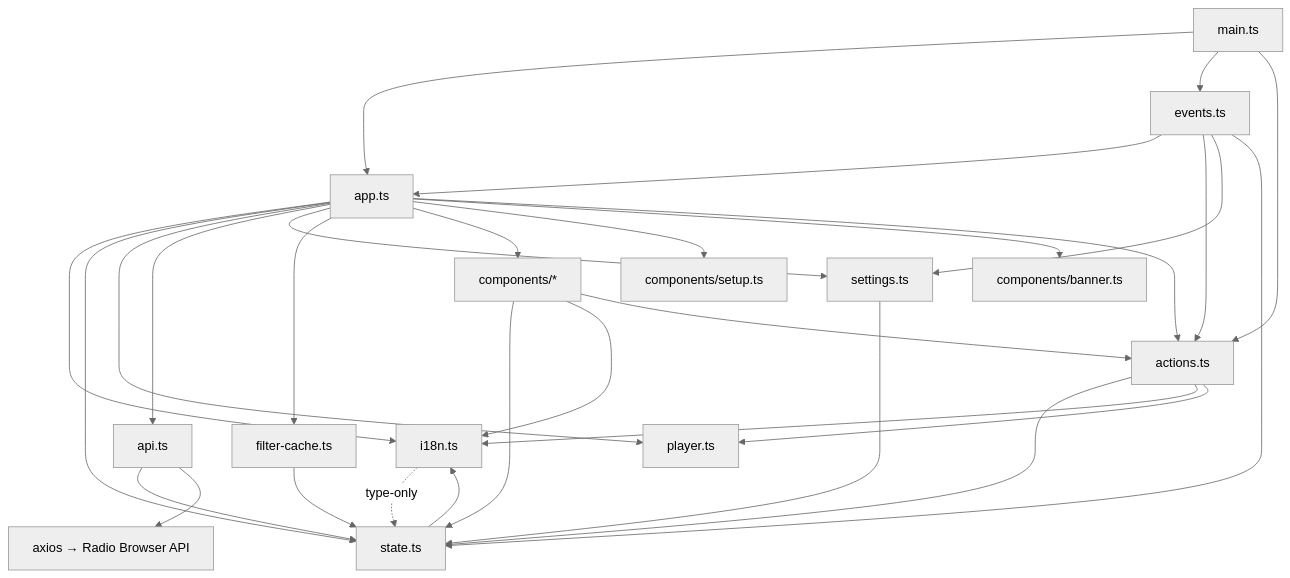
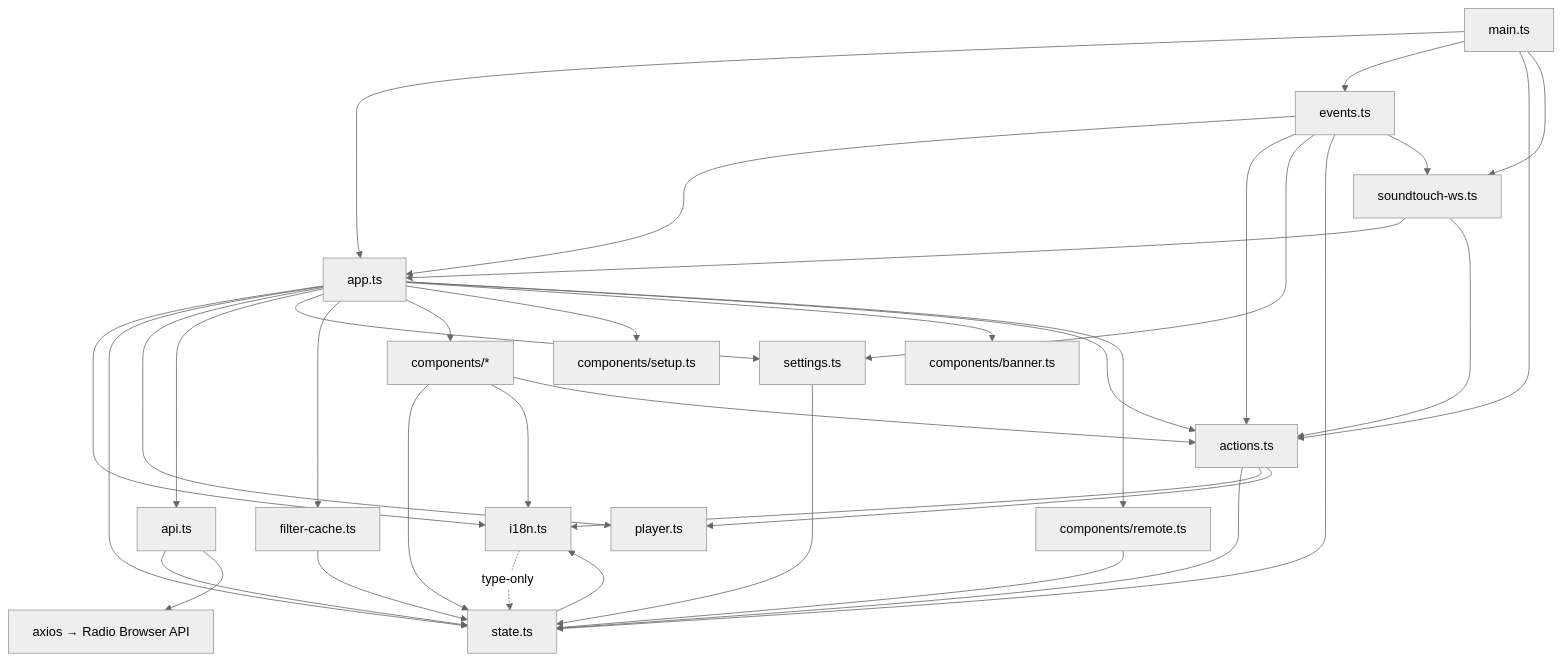
One commit to Makatumba/after-touch-radio-browser changed the diagram in ARCHITECTURE.md. Above: the diagram before and after it, drawn with Mermaid (neutral theme). The commit also changed other lines of this file and 21 other files, not shown here.

````diff
--- a/ARCHITECTURE.md
+++ b/ARCHITECTURE.md
@@ -73,32 +81,38 @@
 ```mermaid
 graph TD
     MAIN[main.ts] --> APP[app.ts]
     MAIN --> EVT[events.ts]
     MAIN --> ACT[actions.ts]
+    MAIN --> WS[soundtouch-ws.ts]
     APP --> I18N[i18n.ts]
     APP --> ST[state.ts]
     APP --> PL[player.ts]
     APP --> API[api.ts]
     APP --> SET[settings.ts]
     APP --> FCACHE[filter-cache.ts]
     APP --> COMP[components/*]
     APP --> SETUP[components/setup.ts]
     APP --> BANNER[components/banner.ts]
     APP --> ACT
+    APP --> REMOTE[components/remote.ts]
     EVT --> APP
     EVT --> ACT
     EVT --> SET
     EVT --> ST
+    EVT --> WS
+    WS --> APP
+    WS --> ACT
     ACT --> ST
     ACT --> I18N
     ACT --> PL
     API --> ST
     API --> AXIOS[axios → Radio Browser API]
     SET --> ST
     FCACHE --> ST
     ST --> I18N
     I18N -.-> |type-only| ST
     COMP --> ST
     COMP --> I18N
     COMP --> ACT
+    REMOTE --> ST
 ```
````
